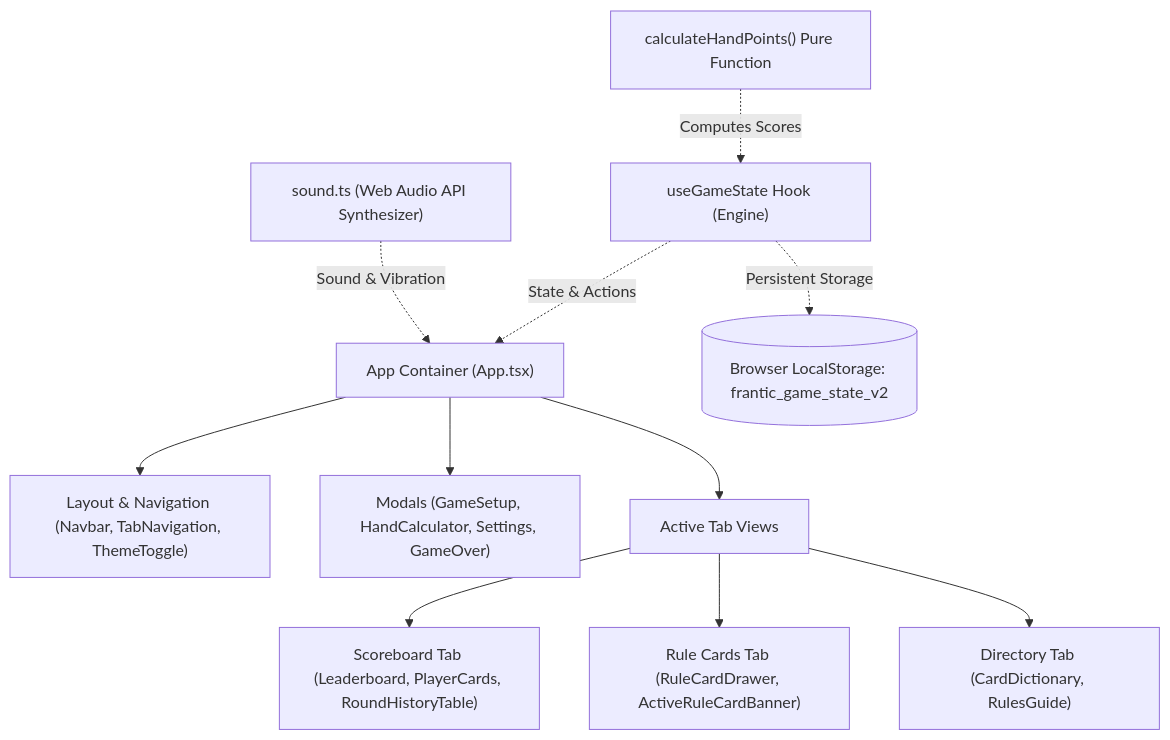
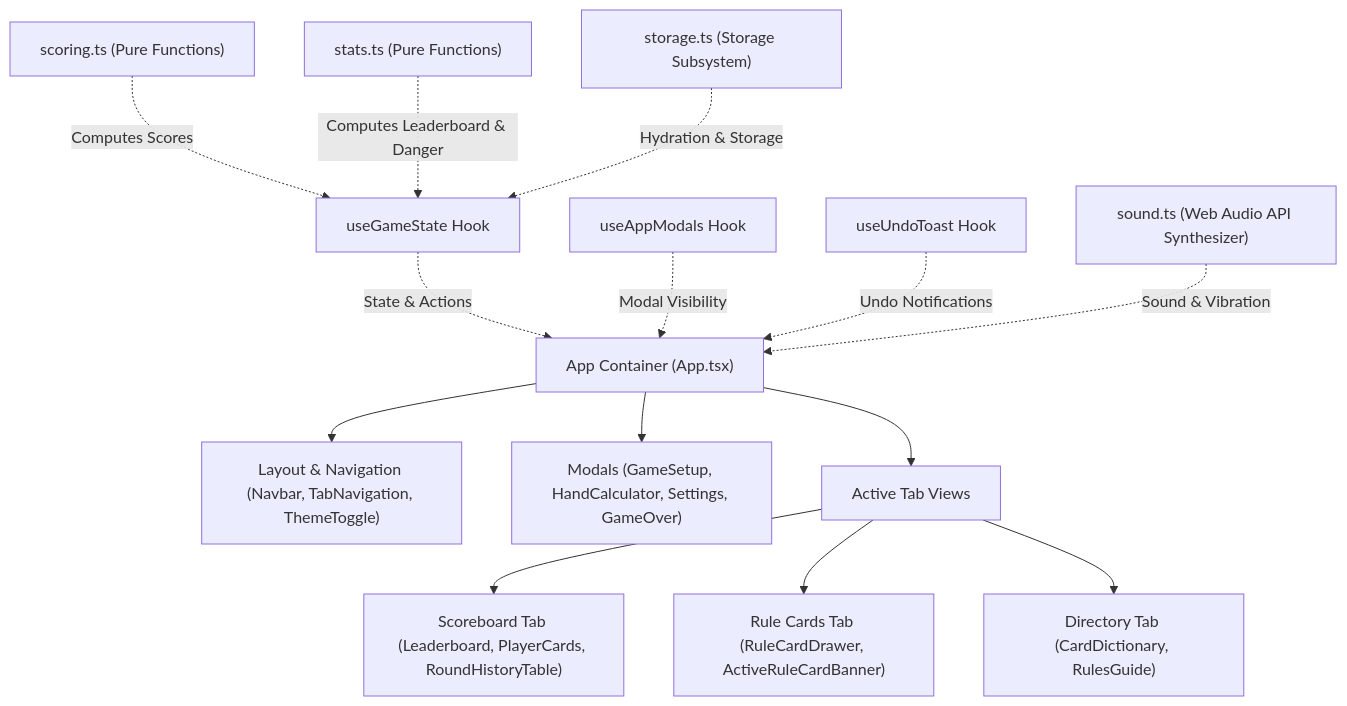
Before and after one commit to simo-macca/pandoras-box-app: the first of 2 diagrams in docs/ARCHITECTURE.md, drawn with Mermaid. The commit also changed other lines of this file and 3 other files, not shown here.

````diff
--- a/docs/ARCHITECTURE.md
+++ b/docs/ARCHITECTURE.md
@@ -32,16 +35,19 @@
 ```mermaid
 flowchart TD
     App["App Container (App.tsx)"] --> Layout["Layout & Navigation (Navbar, TabNavigation, ThemeToggle)"]
     App --> Modals["Modals (GameSetup, HandCalculator, Settings, GameOver)"]
     App --> Tabs["Active Tab Views"]
 
     Tabs --> Scoreboard["Scoreboard Tab (Leaderboard, PlayerCards, RoundHistoryTable)"]
     Tabs --> RuleDrawer["Rule Cards Tab (RuleCardDrawer, ActiveRuleCardBanner)"]
     Tabs --> Dictionary["Directory Tab (CardDictionary, RulesGuide)"]
 
-    State["useGameState Hook (Engine)"] -.->|State & Actions| App
-    State -.->|Persistent Storage| LocalStorage[("Browser LocalStorage: frantic_game_state_v2")]
+    State["useGameState Hook"] -.->|State & Actions| App
+    ModalsState["useAppModals Hook"] -.->|Modal Visibility| App
+    Toast["useUndoToast Hook"] -.->|Undo Notifications| App
 
-    Calc["calculateHandPoints() Pure Function"] -.->|Computes Scores| State
+    ScoringUtil["scoring.ts (Pure Functions)"] -.->|Computes Scores| State
+    StatsUtil["stats.ts (Pure Functions)"] -.->|Computes Leaderboard & Danger| State
+    StorageUtil["storage.ts (Storage Subsystem)"] -.->|Hydration & Storage| State
     Audio["sound.ts (Web Audio API Synthesizer)"] -.->|Sound & Vibration| App
 ```
````
